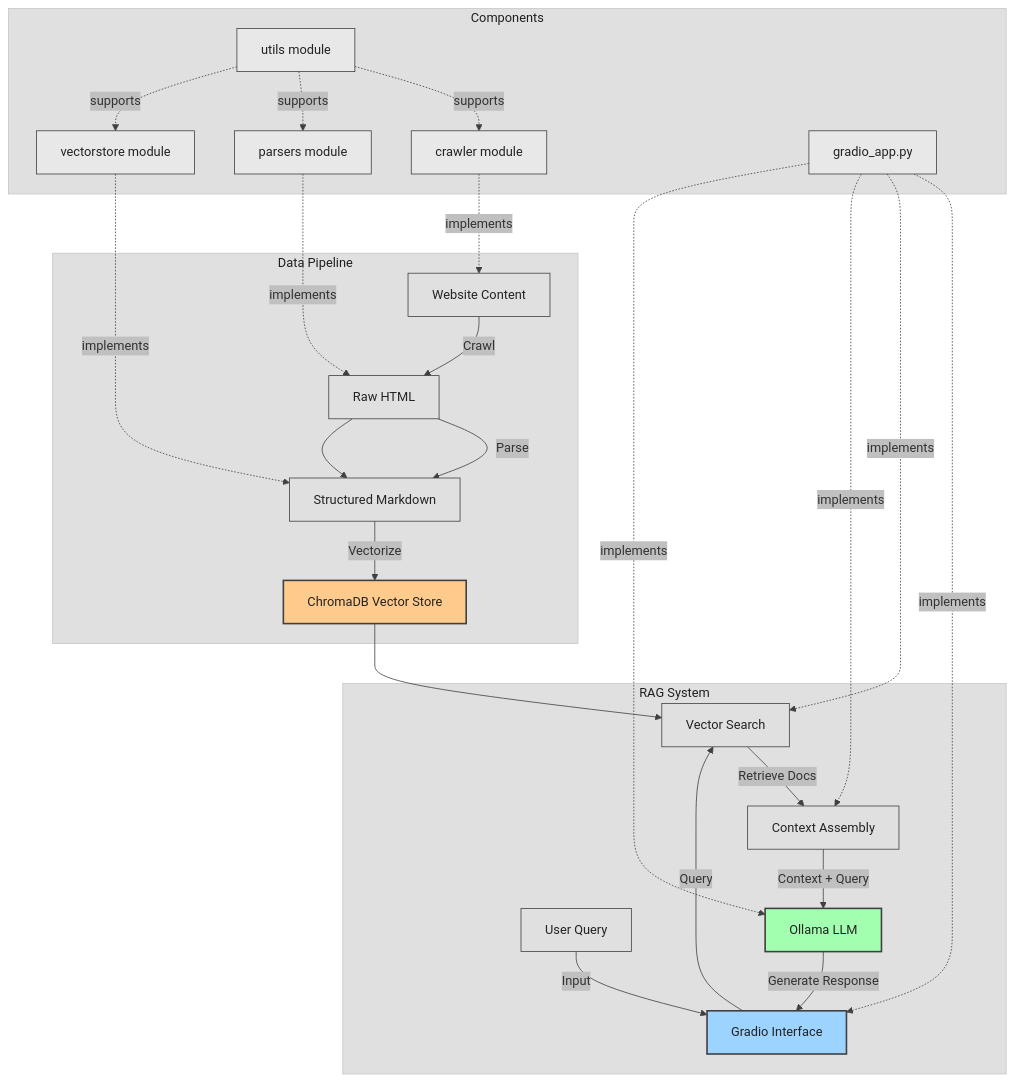
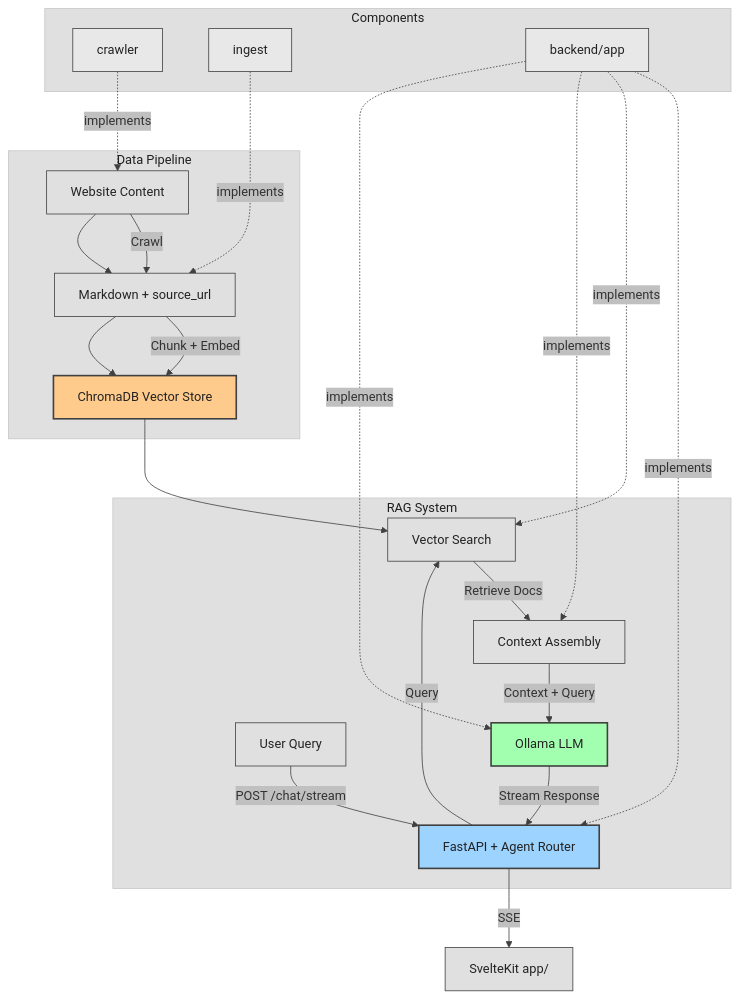
The diagram in CONTRIBUTING.md (Finntegrate/tapio), drawn with Mermaid before and after one commit. The commit also changed other lines of this file and 123 other files, not shown here.

First line of the commit message:
Retire Gradio, fold tapio/ into backend/, and build the SvelteKit chat UI (#69)

````diff
--- a/CONTRIBUTING.md
+++ b/CONTRIBUTING.md
@@ -47,38 +49,36 @@
 ```mermaid
 %%{init: {'theme': 'base', 'themeVariables': { 'primaryColor': '#f0f0f0', 'primaryTextColor': '#323232', 'primaryBorderColor': '#606060', 'lineColor': '#404040', 'secondaryColor': '#c0c0c0', 'tertiaryColor': '#e0e0e0' }}}%%
 graph TD
     subgraph Data Pipeline
-        A[Website Content] -->|Crawl| B[Raw HTML]
-        B -->|Parse| C[Structured Markdown]
-        C -->|Vectorize| D[ChromaDB Vector Store]
+        A[Website Content] -->|Crawl| B[Markdown + source_url]
+        B -->|Chunk + Embed| D[ChromaDB Vector Store]
     end
 
     subgraph RAG System
-        E[User Query] -->|Input| F[Gradio Interface]
+        E[User Query] -->|POST /chat/stream| F[FastAPI + Agent Router]
         F -->|Query| G[Vector Search]
         G -->|Retrieve Docs| H[Context Assembly]
         H -->|Context + Query| I[Ollama LLM]
-        I -->|Generate Response| F
+        I -->|Stream Response| F
     end
 
     D --> G
+    F -->|SSE| Svelte[SvelteKit app/]
 
     subgraph Components
-        J[crawler module] -.->|implements| A
-        K[parsers module] -.->|implements| B --> C
-        L[vectorstore module] -.->|implements| C
-        M[utils module] -.->|supports| J & K & L
-        N[gradio_app.py] -.->|implements| F & G & H & I
+        J[crawler] -.->|implements| A --> B
+        K[ingest] -.->|implements| B --> D
+        N[backend/app] -.->|implements| F & G & H & I
     end
 
     classDef neutral fill:#e0e0e0,stroke:#404040,stroke-width:1px,color:#232323
     classDef component fill:#e8e8e8,stroke:#404040,stroke-width:1px,color:#232323
     classDef vectorstore fill:#ffcb8c,stroke:#404040,stroke-width:2px,color:#232323
-    classDef gradio fill:#9cd3ff,stroke:#404040,stroke-width:2px,color:#232323
+    classDef api fill:#9cd3ff,stroke:#404040,stroke-width:2px,color:#232323
     classDef ollama fill:#a3ffb0,stroke:#404040,stroke-width:2px,color:#232323
-    class A,B,C,E,G,H neutral
-    class J,K,L,M,N component
+    class A,B,E,G,H,Svelte neutral
+    class J,K,N component
     class D vectorstore
-    class F gradio
+    class F api
     class I ollama
 ```
````
